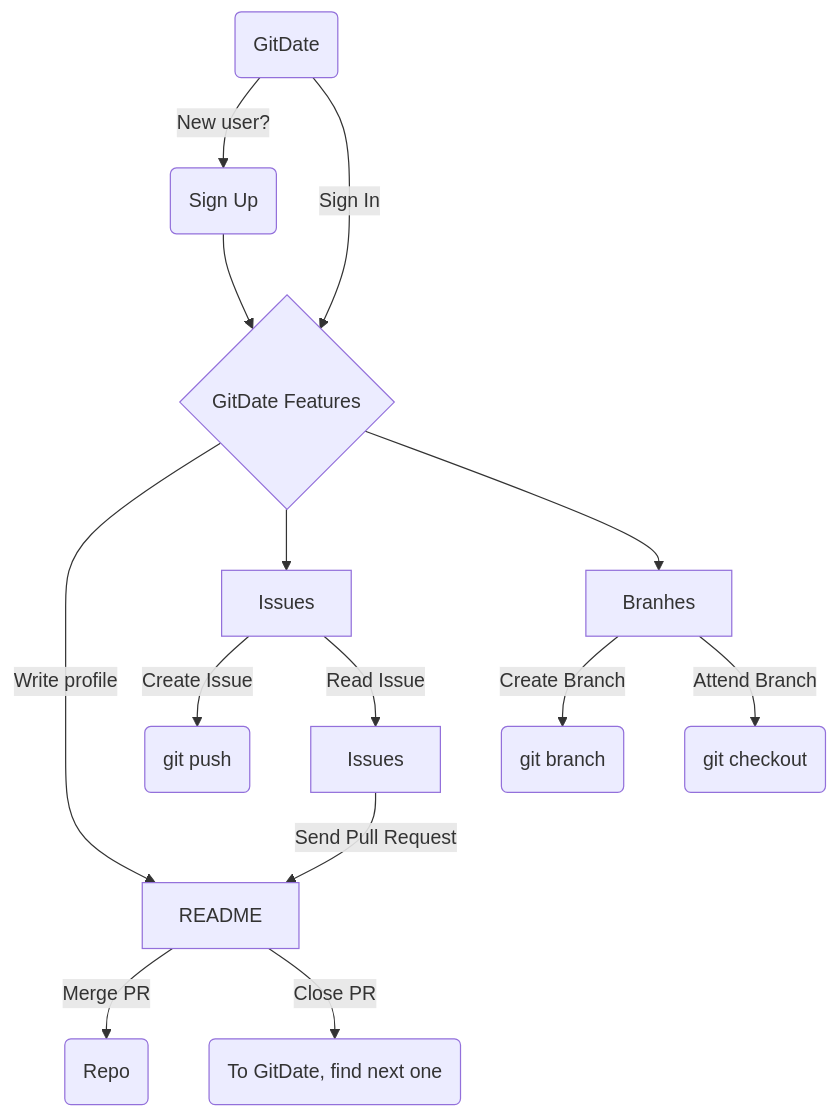
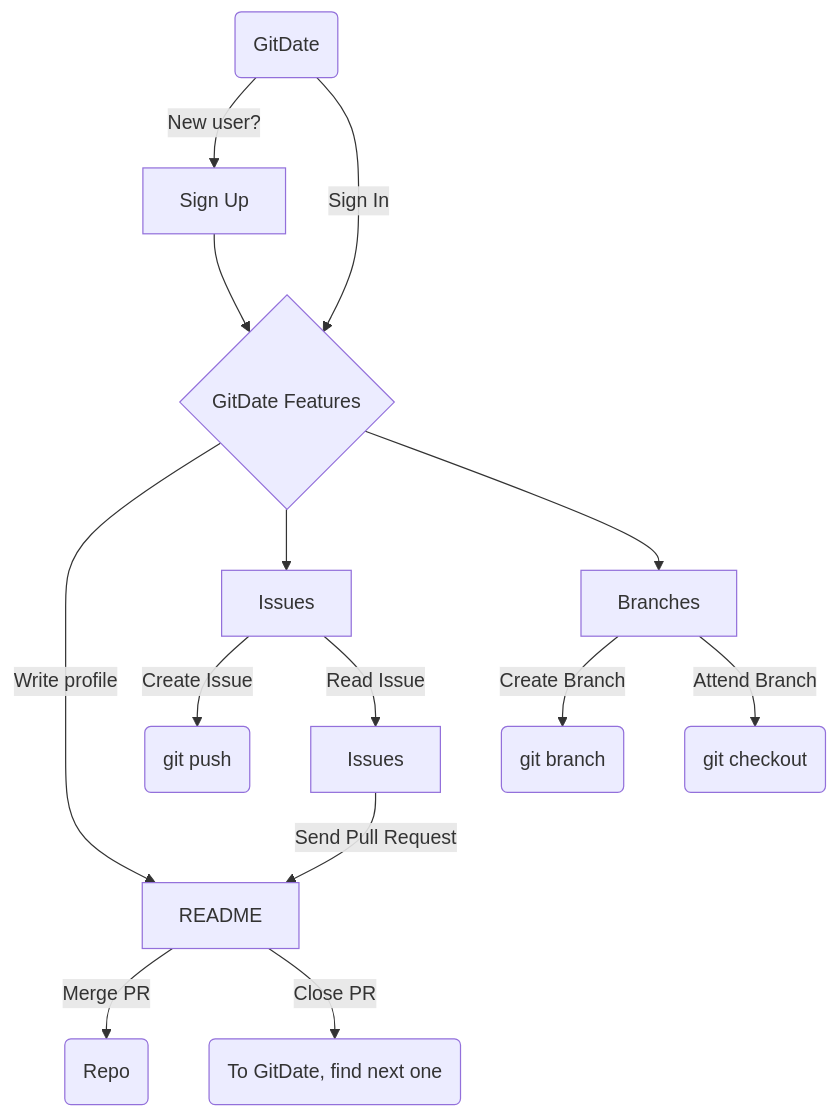
Before and after one commit to peichincc/GitDate: the diagram in README.md, drawn with Mermaid.

````diff
--- a/README.md
+++ b/README.md
@@ -51,13 +51,13 @@
 ```mermaid
 graph TD
-    A(GitDate) -->|New user?| B(Sign Up)
+    A(GitDate) -->|New user?| B[Sign Up]
     A --> |Sign In|C{GitDate Features}
     B --> C{GitDate Features}
     C -->|Write profile| D[README]
     C --> E[Issues] -->|Create Issue| H(git push)
     E -->|Read Issue| J[Issues] -->|Send Pull Request| D
-        C --> F[Branhes] -->|Create Branch| G(git branch)
+        C --> F[Branches] -->|Create Branch| G(git branch)
     F -->|Attend Branch| I(git checkout)
     D -->|Merge PR| K(Repo)
     D --> |Close PR| L(To GitDate, find next one)
 ```
````
